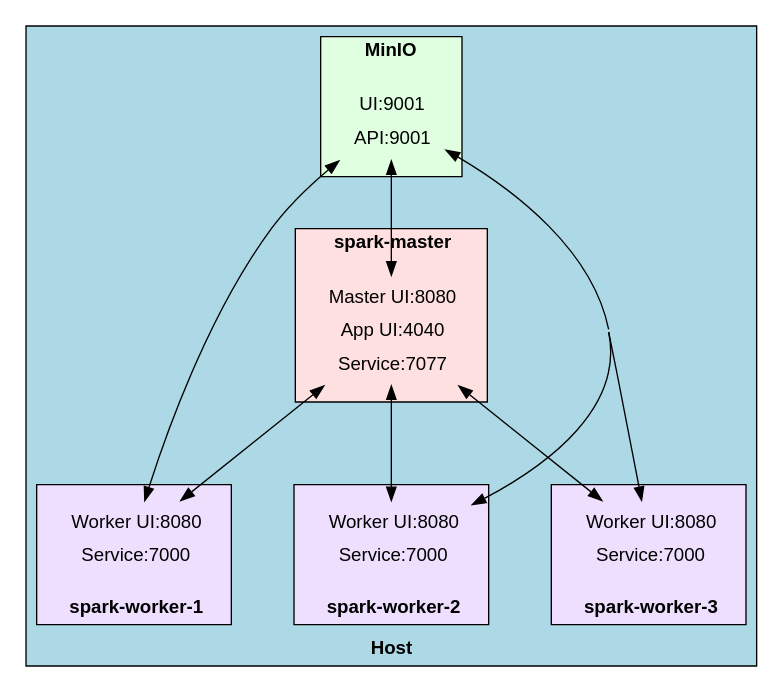
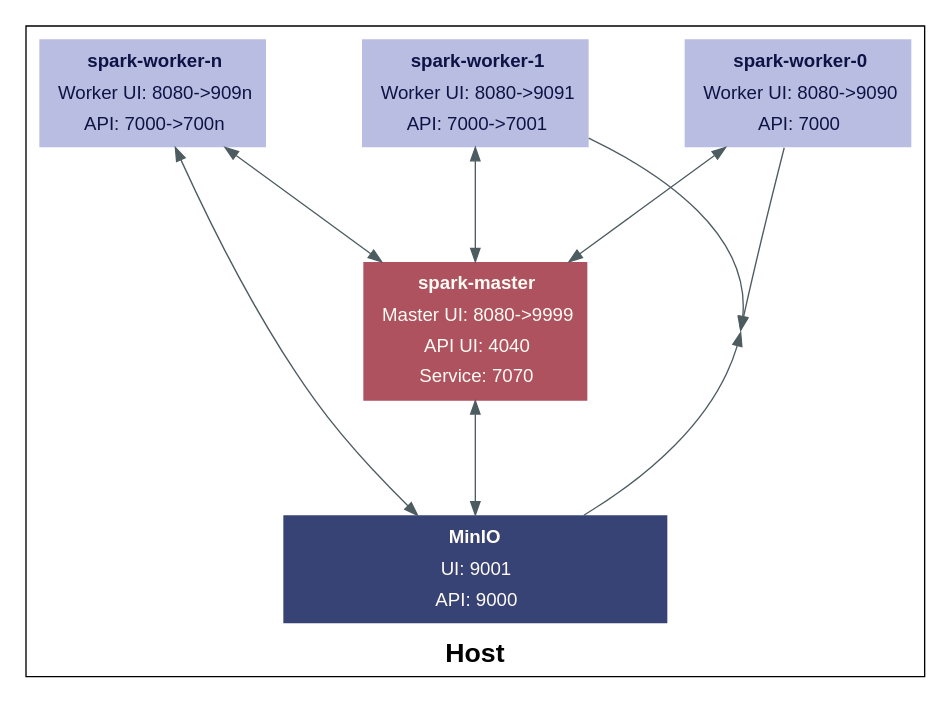
Before and after one commit to mitsiu-carreno/data_science_content: the diagram in 4_sem/thesis/s20_final/gviz/docker-components.gv, drawn with Graphviz. The commit also changed 10 other files, not shown here.

Commit message:
update graphs

```diff
--- a/4_sem/thesis/s20_final/gviz/docker-components.gv
+++ b/4_sem/thesis/s20_final/gviz/docker-components.gv
@@ -1,119 +1,108 @@
 digraph G {
-  # dot -Tsvg file.gv -o file.sgv | kitty icat file.svg
+  # dot -Tsvg file.gv -o file.svg | kitty icat file.svg
   fontname="Helvetica,Arial,sans-serif"
-  node [fontname="Helvetica,Arial,sans-serif"]
-  edge [fontname="Helvetica,Arial,sans-serif"]
   concentrate=True;
   rankdir=TB;
   ranksep=1.2
   nodesep=1
-  #node [shape=record];
+  node [shape=box, style=filled, width=2, penwidth=0, fontname="Helvetica,Arial,sans-serif"];
+  edge [color="#4d5c60", fontname="Helvetica,Arial,sans-serif"];
   
   subgraph clusterS1 {
     label=<<b>Host</b>>
     labelloc="bottom"
     style = filled;
-    bgcolor = lightblue;
+    bgcolor = "#FFFFFF";
+    fontsize=20
+    margin=10
+     
+    worker1[
+      style=filled
+      fillcolor="#babde2"
+      fontcolor="#0d1445"
+      label=<
+        <table border="0" cellspacing="4">
+          <tr><td><b>spark-worker-0</b></td></tr>
+          <tr><td>Worker UI: 8080-&gt;9090</td></tr>
+          <tr><td>API: 7000</td></tr>
+        </table>
+      >]; 
 
+     worker2[
+      style=filled
+      fillcolor="#babde2"
+      fontcolor="#0d1445"
+      label=<
+        <table border="0" cellspacing="4">
+          <tr><td><b>spark-worker-1</b></td></tr>
+          <tr><td>Worker UI: 8080-&gt;9091</td></tr>
+          <tr><td>API: 7000-&gt;7001</td></tr>
+        </table>
+      >];    
+
+#    worker3[
+#      style=filled
+#      fillcolor="#d6dc82"
+#      fontcolor="#0d1445"
+#      label=<
+#        <table border="0" cellspacing="4">
+#          <tr><td><b>spark-worker-2</b></td></tr>
+#          <tr><td>Worker UI: 8080-&gt;9092</td></tr>
+#          <tr><td>API: 7000-&gt;7002</td></tr>
+#        </table>
+#      >]; 
+
+    workern[
+      style=filled
+      fillcolor="#babde2"
+      fontcolor="#0d1445"
+      label=<
+        <table border="0" cellspacing="4">
+          <tr><td><b>spark-worker-n</b></td></tr>
+          <tr><td>Worker UI: 8080-&gt;909n</td></tr>
+          <tr><td>API: 7000-&gt;700n</td></tr>
+        </table>
+      >]; 
     
-    subgraph clusterIO {
-      label=<<b>MinIO</b>>
-      labelloc="top"
-      margin="12"
-      bgcolor="#e0ffe0"
-      minio [label=<
-        <TABLE border="0" cellspacing="0" cellpadding="5">
-          <tr>
-            <td>UI:9001</td>
-          </tr>
-          <tr>
-            <td>API:9001</td>
-          </tr>
-        </TABLE>
-      > shape=none]
-    }
+    master[
+      style=filled
+      fillcolor="#ad525e"
+      fontcolor="#FFFCF5"
+      label=<
+        <table border="0" cellspacing="4">
+          <tr><td><b>spark-master</b></td></tr>
+          <tr><td>Master UI: 8080-&gt;9999</td></tr>
+          <tr><td>API UI: 4040</td></tr>
+          <tr><td>Service: 7070</td></tr>
+        </table>
+      >]; 
+
+    minio[
+      style=filled
+      fillcolor="#374375"
+      fontcolor="#FFFCF5"
+      width=4
+      label=<
+        <table border="0" cellspacing="4">
+          <tr><td><b>MinIO</b></td></tr>
+          <tr><td>UI: 9001</td></tr>
+          <tr><td>API: 9000</td></tr>
+        </table>
+      >];
     
-    subgraph clusterM1 {
-      label=<<b>spark-master</b>>
-      labelloc="top"
-      margin="12"
-      bgcolor="#ffe0e0"
-      master [label=<
-        <TABLE border="0" cellspacing="0" cellpadding="5">
-          <tr>
-            <td>Master UI:8080</td>
-          </tr>
-          <tr>
-            <td>App UI:4040</td>
-          </tr>
-          <tr>
-            <td>Service:7077</td>
-          </tr>
-        </TABLE>
-      > shape=none]
-    }
-    
-    subgraph clusterW1 { 
-      label=<<b>spark-worker-1</b>>
-      margin="12"
-      style = filled;
-      bgcolor="#efdfff"
-      worker1 [
-          label=<
-        <TABLE border="0" cellspacing="0" cellpadding="5">
-          <tr>
-            <td>Worker UI:8080</td>
-          </tr>
-          <tr>
-            <td>Service:7000</td>
-          </tr>
-        </TABLE>
-      > shape=none]
-    }
-    subgraph clusterW2 { 
-      label=<<b>spark-worker-2</b>>
-      margin="12"
-      style = filled;
-      bgcolor="#efdfff"
-      worker2 [
-          label=<
-        <TABLE border="0" cellspacing="0" cellpadding="5">
-          <tr>
-            <td>Worker UI:8080</td>
-          </tr>
-          <tr>
-            <td>Service:7000</td>
-          </tr>
-        </TABLE>
-      > shape=none]
-    }
-    
-    subgraph clusterW3 { 
-      label=<<b>spark-worker-3</b>>
-      margin="12"
-      style = filled;
-      bgcolor="#efdfff"
-      worker3 [
-          label=<
-        <TABLE border="0" cellspacing="0" cellpadding="5">
-          <tr>
-            <td>Worker UI:8080</td>
-          </tr>
-          <tr>
-            <td>Service:7000</td>
-          </tr>
-        </TABLE>
-      > shape=none]
-    }
-    
-    master -> worker1 [dir=both];
-    master -> worker2 [dir=both];
-    master -> worker3 [dir=both];
+    worker1 -> master [dir=both];
+    worker2 -> master [dir=both];
+    workern -> master [dir=both];
+
+    master -> minio [dir=both];
     
     minio -> worker1 [dir=both];
     minio -> worker2 [dir=both];
-    minio -> worker3 [dir=both];
-    minio -> master [dir=both];
+    minio -> workern [dir=both];
     
+    { rank=same; master; } 
+    { rank=same; worker1; worker2; workern; }
+    { rank=same; minio; }
+     
   }
 }
```
